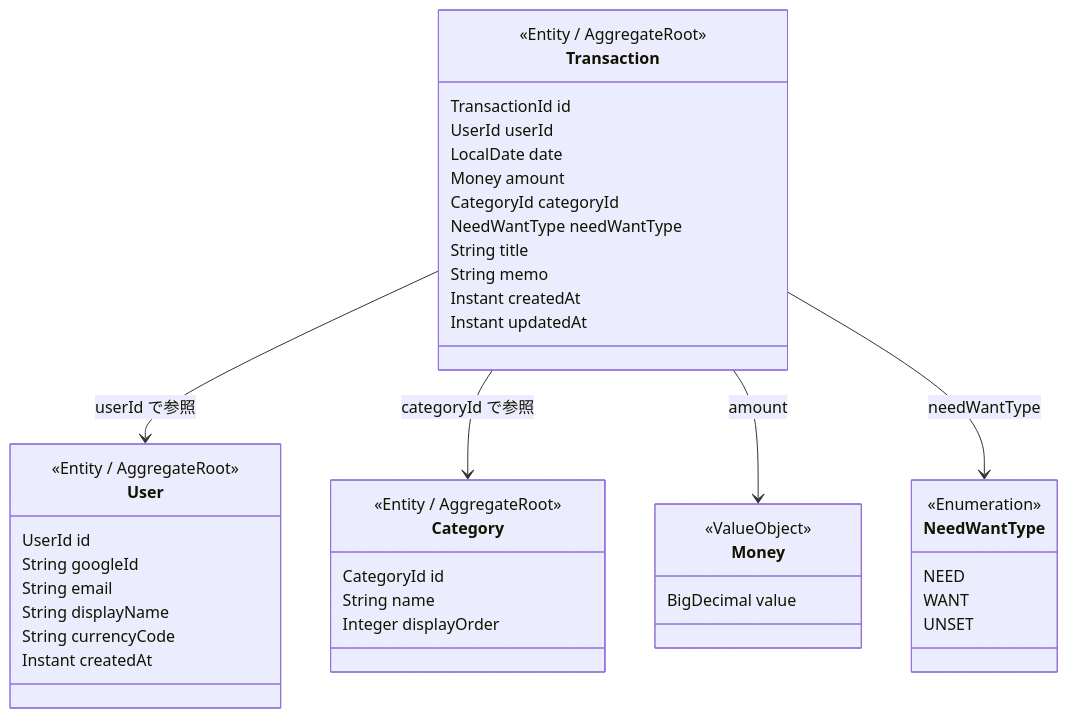
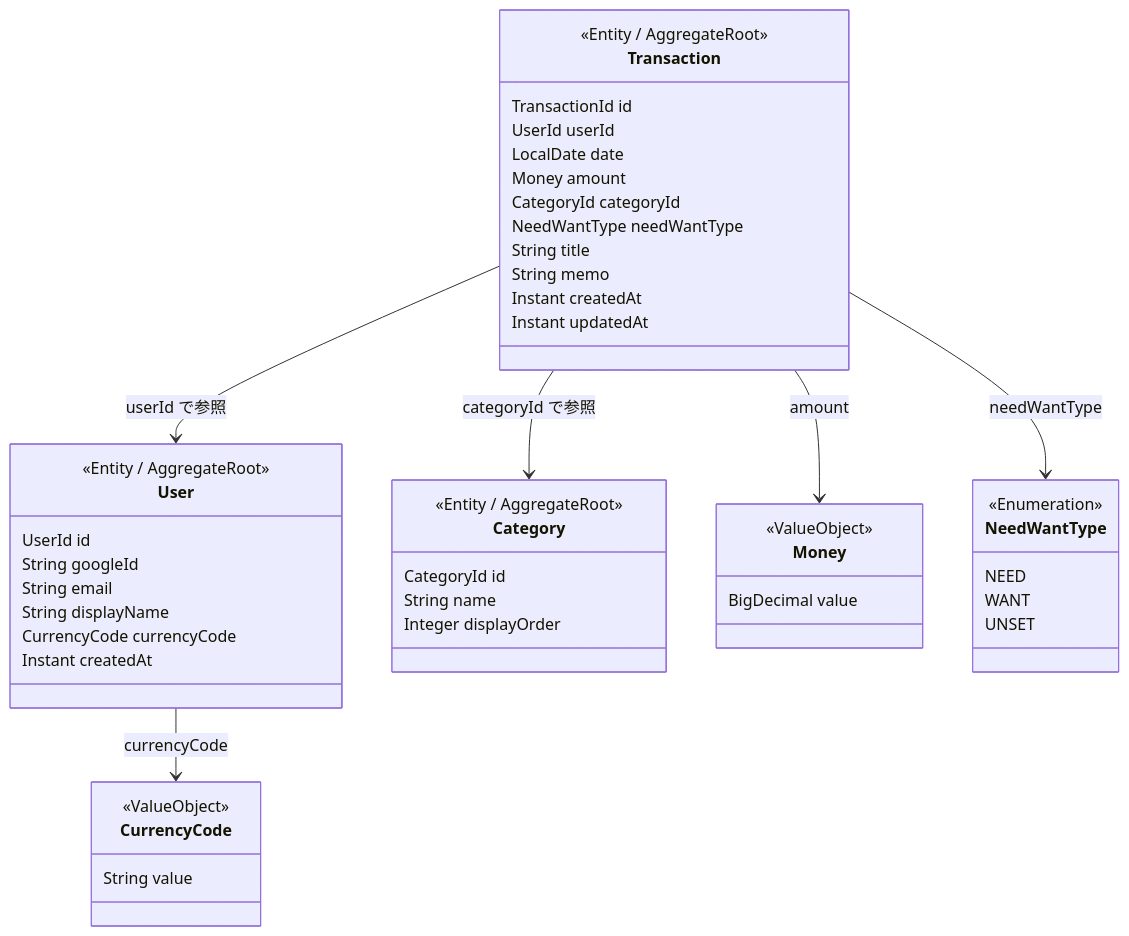
The diagram in docs/03-design/domain-model.md (youmorry/expense-tracker), drawn with Mermaid before and after one commit. The commit also changed other lines of this file, not shown here.

````diff
--- a/docs/03-design/domain-model.md
+++ b/docs/03-design/domain-model.md
@@ -12,52 +12,58 @@
 ```mermaid
 classDiagram
     direction TB
 
     class User {
         <<Entity / AggregateRoot>>
         UserId id
         String googleId
         String email
         String displayName
-        String currencyCode
+        CurrencyCode currencyCode
         Instant createdAt
     }
 
     class Transaction {
         <<Entity / AggregateRoot>>
         TransactionId id
         UserId userId
         LocalDate date
         Money amount
         CategoryId categoryId
         NeedWantType needWantType
         String title
         String memo
         Instant createdAt
         Instant updatedAt
     }
 
     class Category {
         <<Entity / AggregateRoot>>
         CategoryId id
         String name
         Integer displayOrder
     }
 
+    class CurrencyCode {
+        <<ValueObject>>
+        String value
+    }
+
     class Money {
         <<ValueObject>>
         BigDecimal value
     }
 
     class NeedWantType {
         <<Enumeration>>
         NEED
         WANT
         UNSET
     }
 
+    User --> CurrencyCode : currencyCode
     Transaction --> User : userId で参照
     Transaction --> Category : categoryId で参照
     Transaction --> Money : amount
     Transaction --> NeedWantType : needWantType
 ```
````
